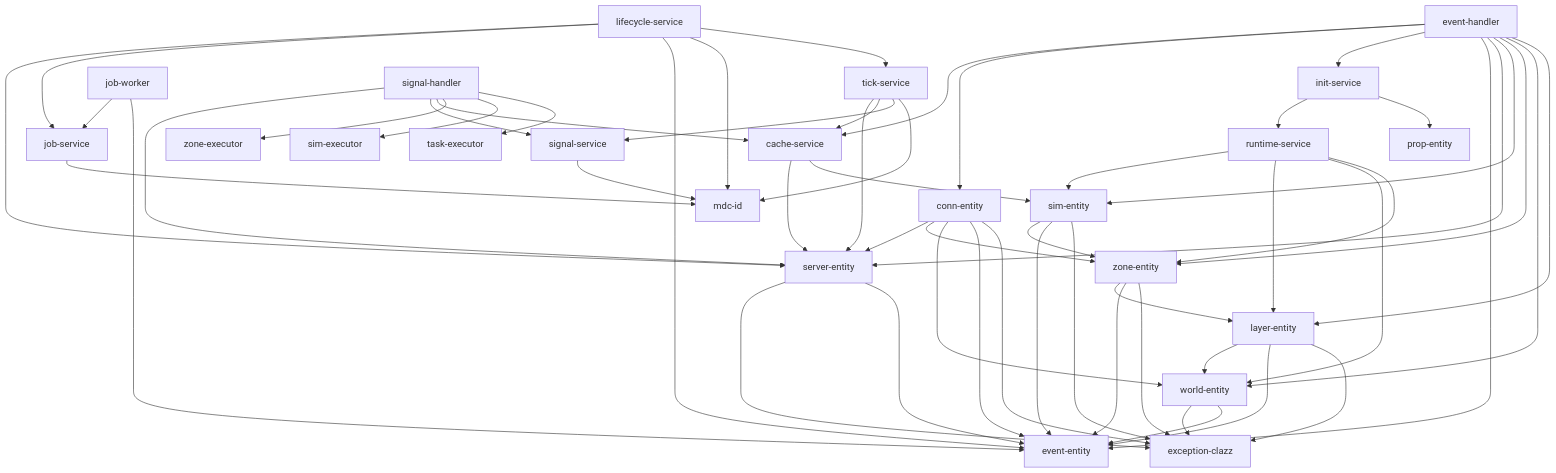
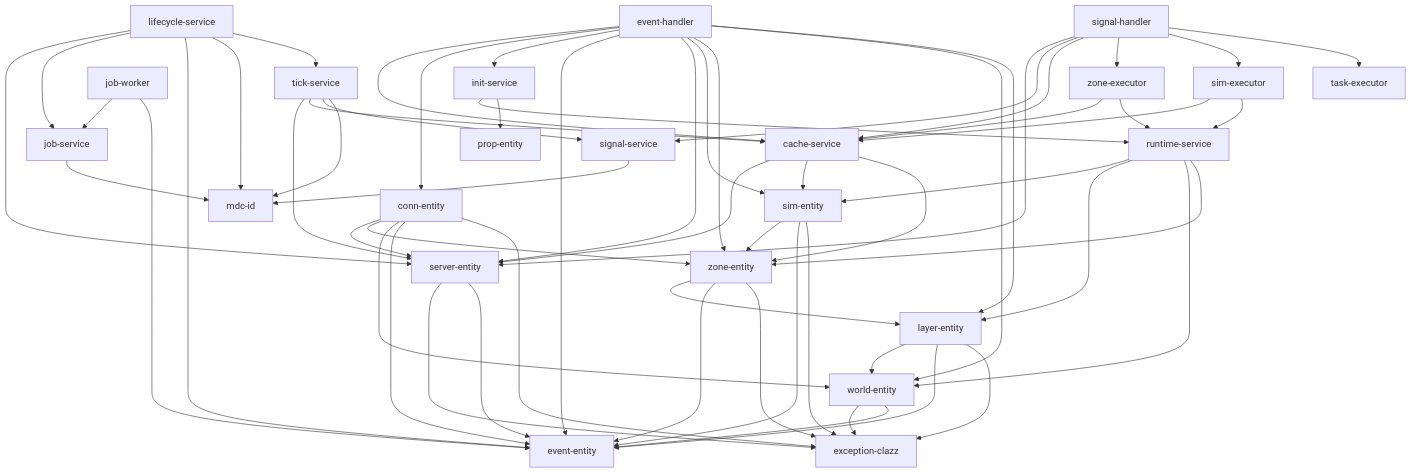
One commit to crionuke/omgcluster changed the diagram in MODULES.md. Above: the diagram before and after it, drawn with Mermaid. The commit also changed 30 other files, not shown here.

Commit message:
Add zone/sim caching, CDI cache events, and wire executors to runtime (#37)

````diff
--- a/MODULES.md
+++ b/MODULES.md
@@ -1,72 +1,79 @@
 ```mermaid
 graph TD
     event-handler --> cache-service
     event-handler --> conn-entity
     event-handler --> init-service
     event-handler --> event-entity
     event-handler --> server-entity
     event-handler --> sim-entity
     event-handler --> zone-entity
     event-handler --> world-entity
     event-handler --> layer-entity
 
     lifecycle-service --> server-entity
     lifecycle-service --> job-service
     lifecycle-service --> event-entity
     lifecycle-service --> mdc-id
     lifecycle-service --> tick-service
 
     init-service --> runtime-service
     init-service --> prop-entity
 
     cache-service --> server-entity
     cache-service --> sim-entity
+    cache-service --> zone-entity
 
     runtime-service --> sim-entity
     runtime-service --> layer-entity
     runtime-service --> world-entity
     runtime-service --> zone-entity
 
     conn-entity --> server-entity
     conn-entity --> zone-entity
     conn-entity --> world-entity
     conn-entity --> event-entity
     conn-entity --> exception-clazz
 
     sim-entity --> zone-entity
     sim-entity --> event-entity
     sim-entity --> exception-clazz
 
     zone-entity --> layer-entity
     zone-entity --> event-entity
     zone-entity --> exception-clazz
 
     layer-entity --> world-entity
     layer-entity --> event-entity
     layer-entity --> exception-clazz
 
     world-entity --> exception-clazz
     world-entity --> event-entity
 
     server-entity --> exception-clazz
     server-entity --> event-entity
 
     job-service --> mdc-id
 
     job-worker --> job-service
     job-worker --> event-entity
 
+    sim-executor --> cache-service
+    sim-executor --> runtime-service
+
+    zone-executor --> cache-service
+    zone-executor --> runtime-service
+
     signal-handler --> server-entity
     signal-handler --> signal-service
     signal-handler --> cache-service
     signal-handler --> zone-executor
     signal-handler --> sim-executor
     signal-handler --> task-executor
 
     signal-service --> mdc-id
 
     tick-service --> server-entity
     tick-service --> cache-service
     tick-service --> signal-service
     tick-service --> mdc-id
 ```
````
